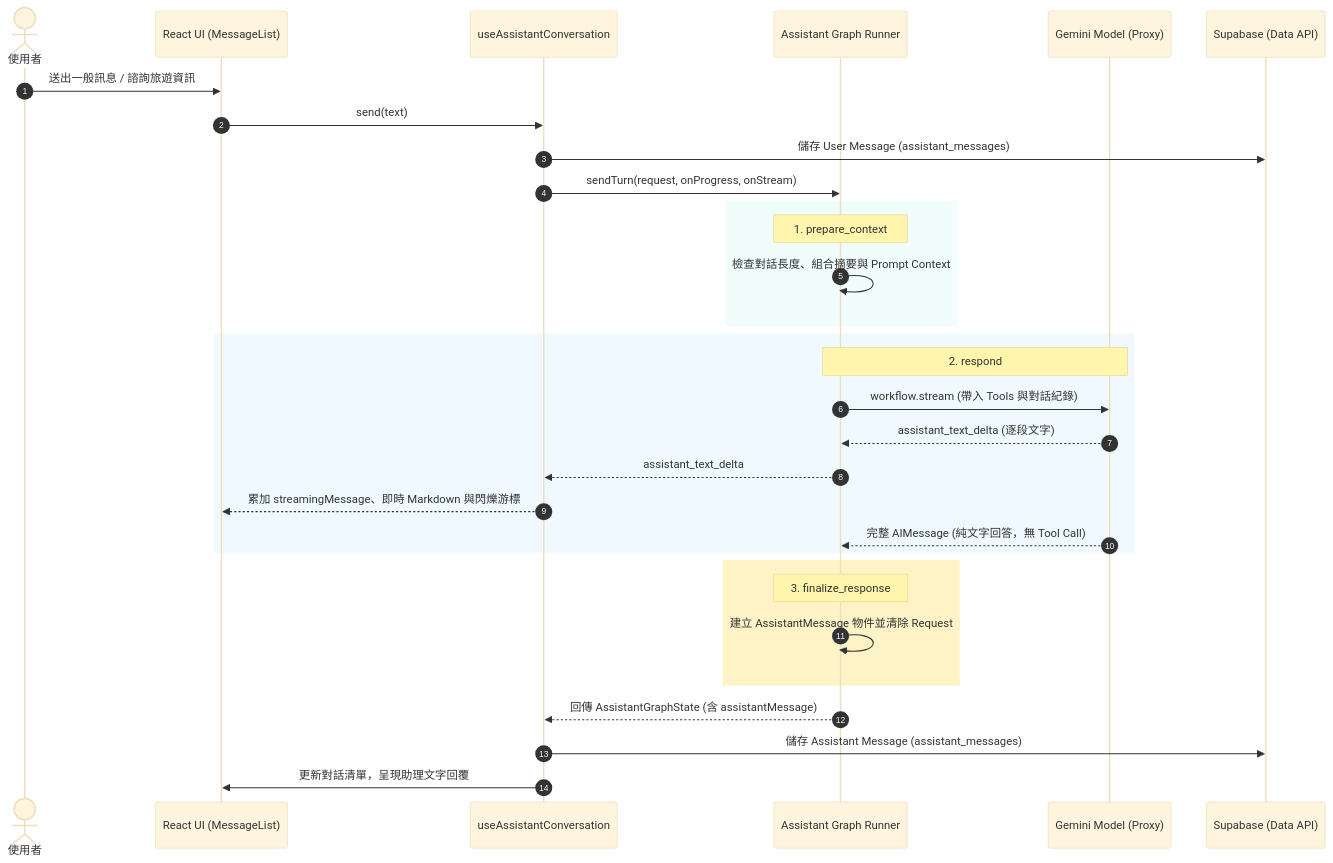
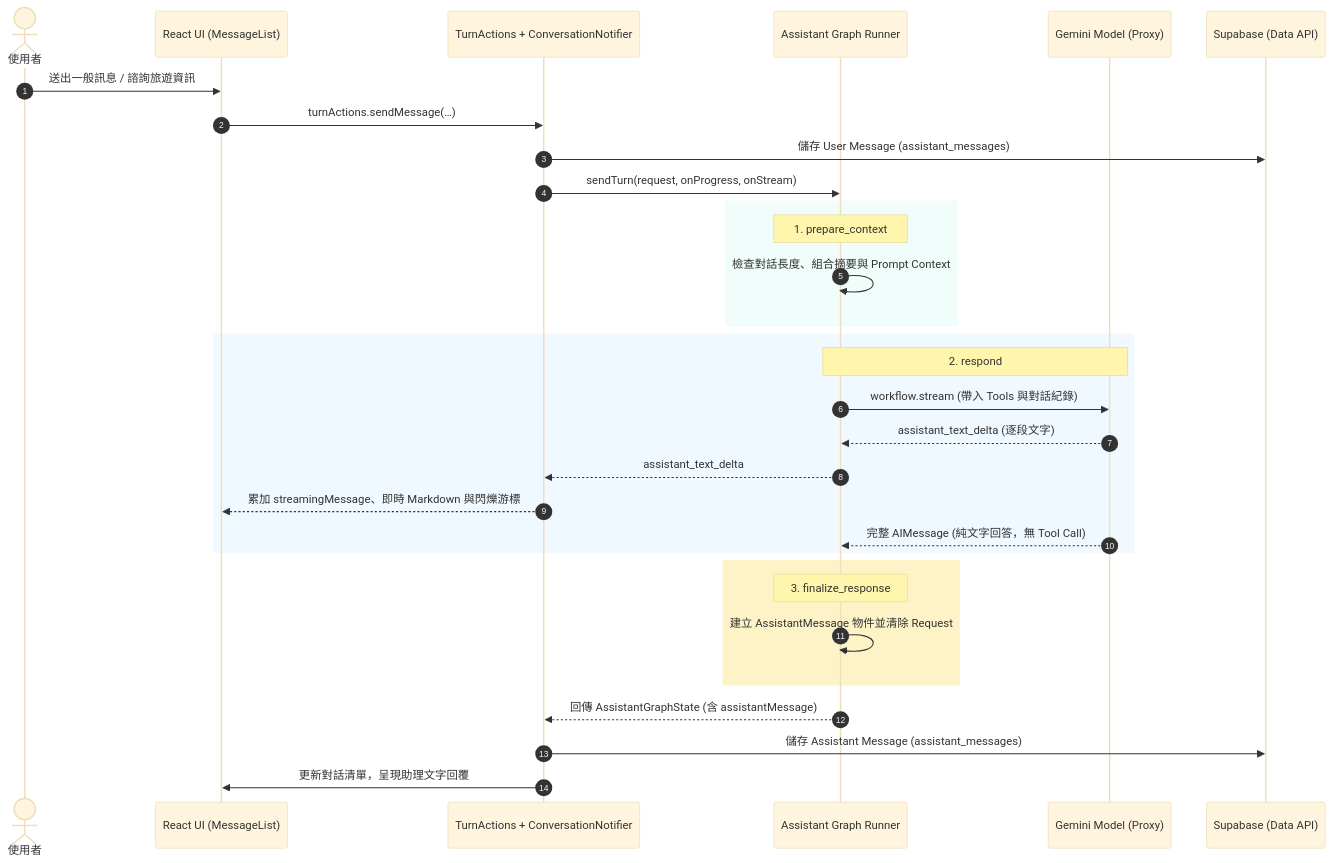
Before and after one commit to strongball/travel-web: the second of 3 diagrams in docs/assistant-langgraph.md, drawn with Mermaid (base theme). The commit also changed other lines of this file and 21 other files, not shown here.

Commit message:
refactor: migrate assistant runtime and turn management to dedicated providers and remove legacy hooks

````diff
--- a/docs/assistant-langgraph.md
+++ b/docs/assistant-langgraph.md
@@ -116,38 +116,38 @@
 ```mermaid
 sequenceDiagram
     autonumber
     actor User as 使用者
     participant UI as React UI (MessageList)
-    participant Hook as useAssistantConversation
+    participant River as TurnActions + ConversationNotifier
     participant Runner as Assistant Graph Runner
     participant LLM as Gemini Model (Proxy)
     participant DB as Supabase (Data API)
 
     User->>UI: 送出一般訊息 / 諮詢旅遊資訊
-    UI->>Hook: send(text)
-    Hook->>DB: 儲存 User Message (assistant_messages)
-    Hook->>Runner: sendTurn(request, onProgress, onStream)
+    UI->>River: turnActions.sendMessage(…)
+    River->>DB: 儲存 User Message (assistant_messages)
+    River->>Runner: sendTurn(request, onProgress, onStream)
 
     rect rgb(240, 253, 250)
         Note over Runner: 1. prepare_context
         Runner->>Runner: 檢查對話長度、組合摘要與 Prompt Context
     end
 
     rect rgb(240, 249, 255)
         Note over Runner,LLM: 2. respond
         Runner->>LLM: workflow.stream (帶入 Tools 與對話紀錄)
         LLM-->>Runner: assistant_text_delta (逐段文字)
-        Runner-->>Hook: assistant_text_delta
-        Hook-->>UI: 累加 streamingMessage、即時 Markdown 與閃爍游標
+        Runner-->>River: assistant_text_delta
+        River-->>UI: 累加 streamingMessage、即時 Markdown 與閃爍游標
         LLM-->>Runner: 完整 AIMessage (純文字回答，無 Tool Call)
     end
 
     rect rgb(254, 243, 199)
         Note over Runner: 3. finalize_response
         Runner->>Runner: 建立 AssistantMessage 物件並清除 Request
     end
 
-    Runner-->>Hook: 回傳 AssistantGraphState (含 assistantMessage)
-    Hook->>DB: 儲存 Assistant Message (assistant_messages)
-    Hook->>UI: 更新對話清單，呈現助理文字回覆
+    Runner-->>River: 回傳 AssistantGraphState (含 assistantMessage)
+    River->>DB: 儲存 Assistant Message (assistant_messages)
+    River->>UI: 更新對話清單，呈現助理文字回覆
 ```
````
